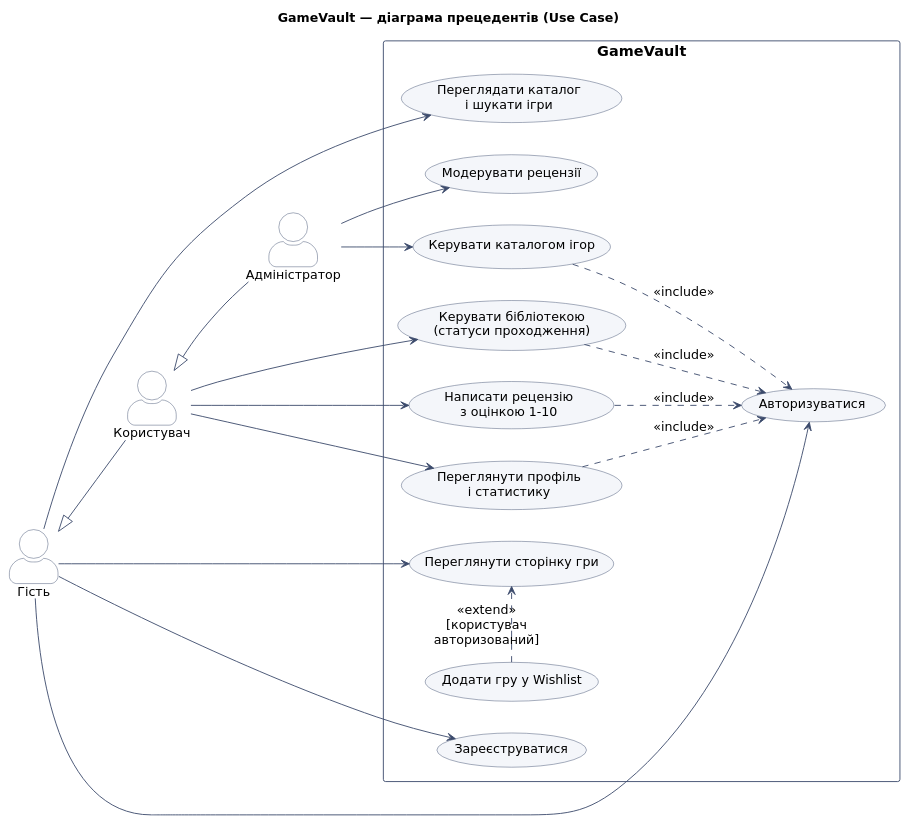
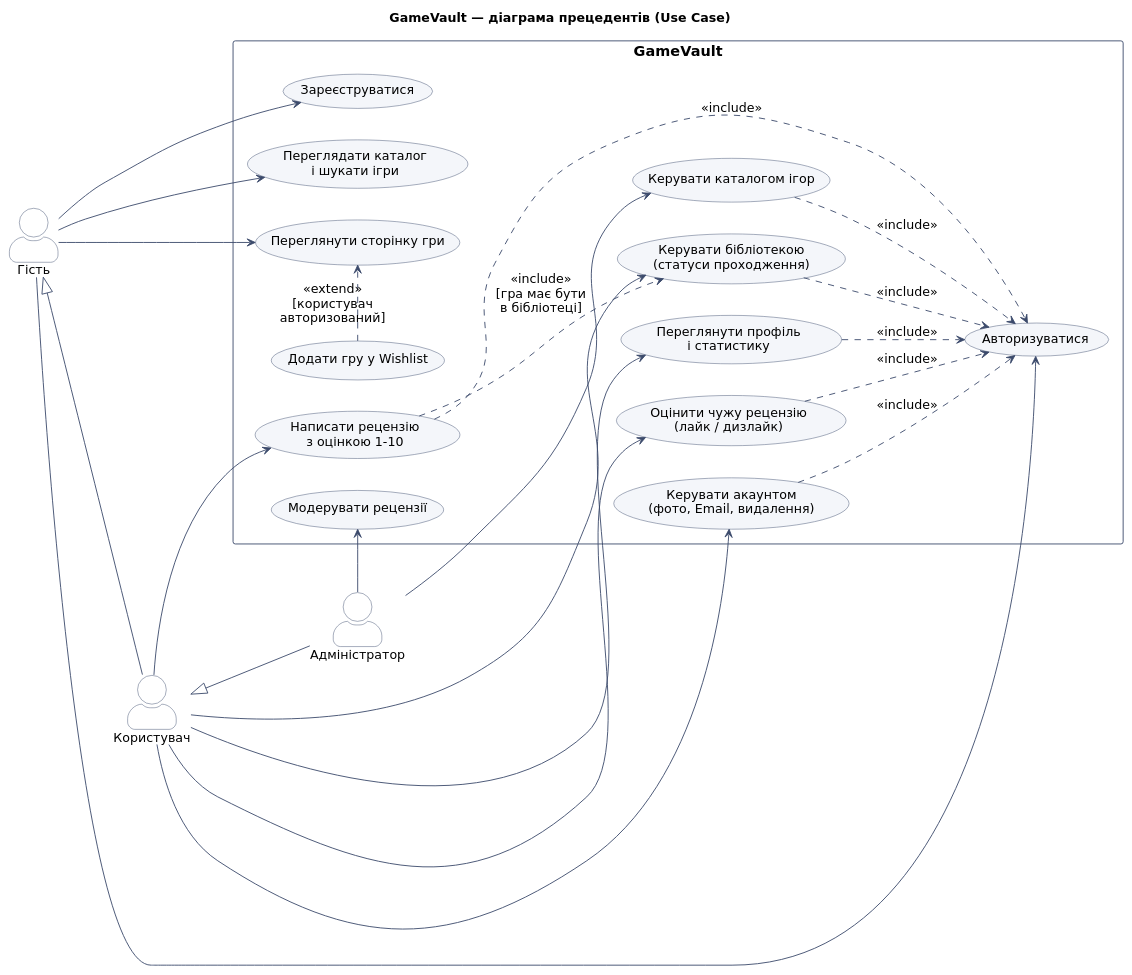
The diagram in docs/diagrams/use-case.puml (PavloPopovV/GameVault), drawn with PlantUML before and after one commit. The commit also changed 9 other files, not shown here.

First line of the commit message:
docs(diagrams): Use Case, Class і ER синхронізовано з реалізацією (#30)

```diff
--- a/docs/diagrams/use-case.puml
+++ b/docs/diagrams/use-case.puml
@@ -1,60 +1,67 @@
 @startuml
 left to right direction
 skinparam defaultFontName "DejaVu Sans"
 skinparam defaultFontSize 14
 skinparam shadowing false
 skinparam actorStyle awesome
 skinparam usecase {
   BackgroundColor #F4F6FA
   BorderColor #3B4A6B
   ArrowColor #3B4A6B
 }
 skinparam rectangle {
   BorderColor #3B4A6B
   FontSize 16
 }
 skinparam actor {
   BorderColor #3B4A6B
   BackgroundColor #FFFFFF
 }
 skinparam ArrowColor #3B4A6B
 
 title GameVault — діаграма прецедентів (Use Case)
 
 actor "Гість" as Guest
 actor "Користувач" as User
 actor "Адміністратор" as Admin
 
 User -up-|> Guest
 Admin -up-|> User
 
 rectangle "GameVault" {
   usecase "Зареєструватися" as UC1
   usecase "Авторизуватися" as UC2
   usecase "Переглядати каталог\nі шукати ігри" as UC3
   usecase "Переглянути сторінку гри" as UC4
   usecase "Керувати бібліотекою\n(статуси проходження)" as UC5
   usecase "Додати гру у Wishlist" as UC6
   usecase "Написати рецензію\nз оцінкою 1–10" as UC7
   usecase "Переглянути профіль\nі статистику" as UC8
   usecase "Керувати каталогом ігор" as UC9
   usecase "Модерувати рецензії" as UC10
+  usecase "Оцінити чужу рецензію\n(лайк / дизлайк)" as UC11
+  usecase "Керувати акаунтом\n(фото, Email, видалення)" as UC12
 }
 
 Guest --> UC1
 Guest --> UC2
 Guest --> UC3
 Guest --> UC4
 User --> UC5
 User --> UC7
 User --> UC8
+User --> UC11
+User --> UC12
 Admin --> UC9
 Admin --> UC10
 
 UC5 ..> UC2 : <<include>>
 UC7 ..> UC2 : <<include>>
 UC8 ..> UC2 : <<include>>
 UC9 ..> UC2 : <<include>>
+UC11 ..> UC2 : <<include>>
+UC12 ..> UC2 : <<include>>
+UC7 ..> UC5 : <<include>>\n[гра має бути\nв бібліотеці]
 UC6 .> UC4 : <<extend>>\n[користувач\nавторизований]
 
 @enduml
```
